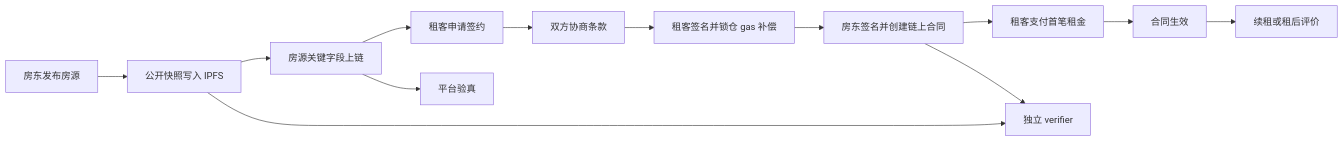
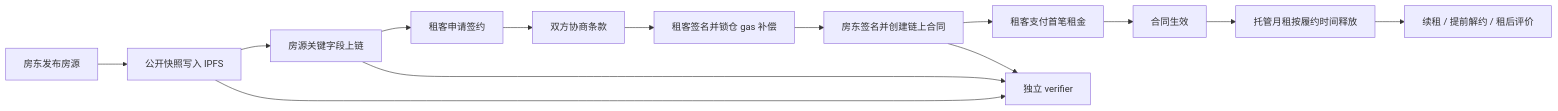
Before and after one commit to Asern-l/house-rent: the first of 2 diagrams in README.md, drawn with Mermaid. The commit also changed other lines of this file and 22 other files, not shown here.

````diff
--- a/README.md
+++ b/README.md
@@ -141,15 +152,16 @@
 ```mermaid
 flowchart LR
     A["房东发布房源"] --> B["公开快照写入 IPFS"]
     B --> C["房源关键字段上链"]
     C --> D["租客申请签约"]
     D --> E["双方协商条款"]
     E --> F["租客签名并锁仓 gas 补偿"]
     F --> G["房东签名并创建链上合同"]
     G --> H["租客支付首笔租金"]
     H --> I["合同生效"]
-    I --> J["续租或租后评价"]
-    C --> K["平台验真"]
-    B --> L["独立 verifier"]
-    G --> L
+    I --> J["托管月租按履约时间释放"]
+    J --> K["续租 / 提前解约 / 租后评价"]
+    C --> V["独立 verifier"]
+    G --> V
+    B --> V
 ```
````
